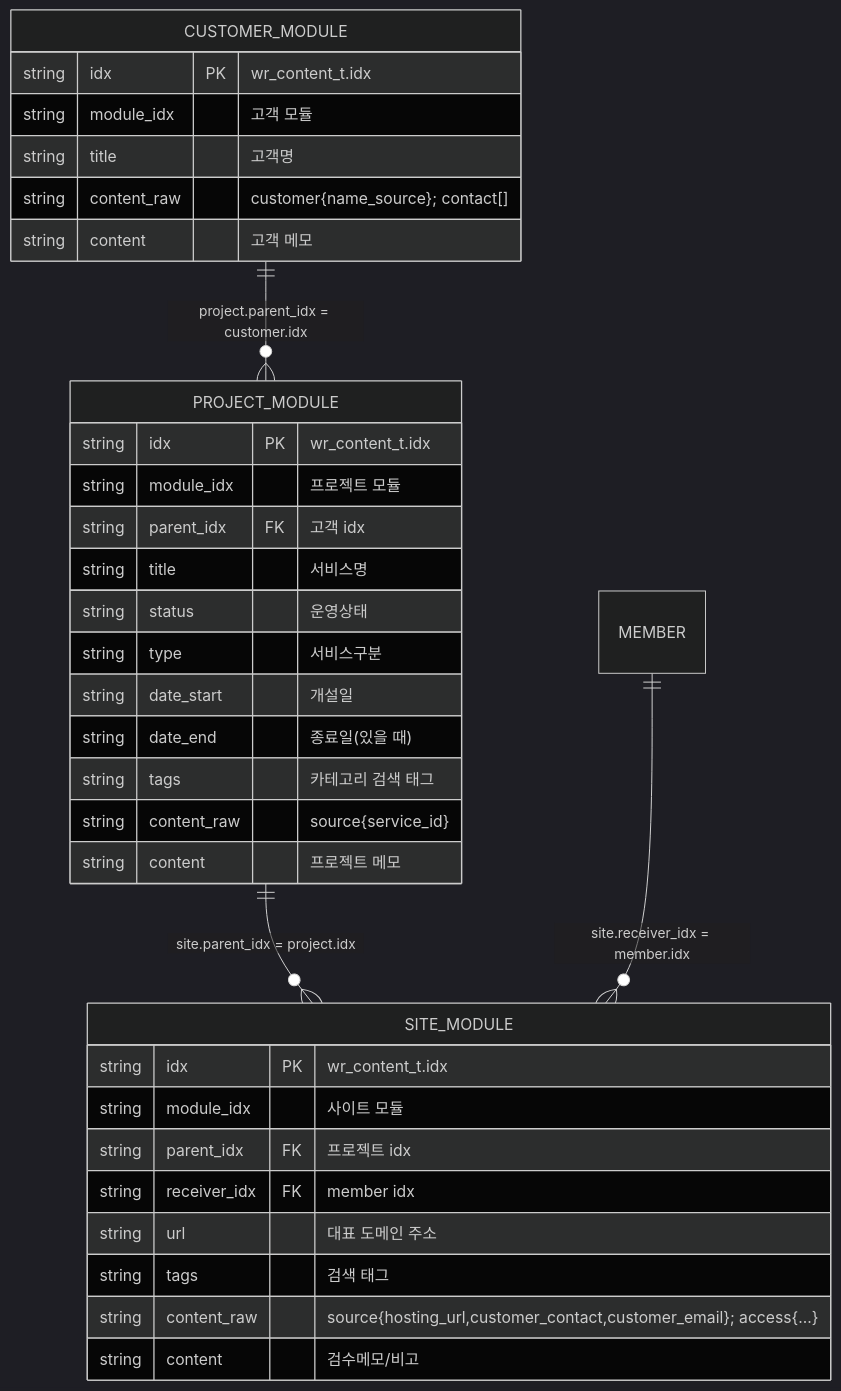
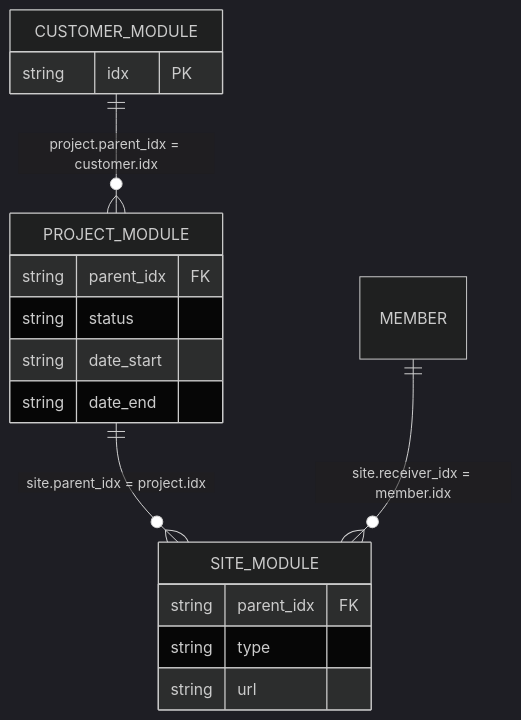
Before and after one commit to gyeolhwi/hermes34-project: the diagram in docs/wr-content-erd.md, drawn with Mermaid (dark theme). The commit also changed other lines of this file and 4 other files, not shown here.

````diff
--- a/docs/wr-content-erd.md
+++ b/docs/wr-content-erd.md
@@ -7,37 +5,14 @@
 ```mermaid
 erDiagram
     CUSTOMER_MODULE ||--o{ PROJECT_MODULE : "project.parent_idx = customer.idx"
     PROJECT_MODULE ||--o{ SITE_MODULE : "site.parent_idx = project.idx"
     MEMBER ||--o{ SITE_MODULE : "site.receiver_idx = member.idx"
-
-    CUSTOMER_MODULE {
-      string idx PK "wr_content_t.idx"
-      string module_idx "고객 모듈"
-      string title "고객명"
-      string content_raw "customer{name_source}; contact[]"
-      string content "고객 메모"
-    }
-    PROJECT_MODULE {
-      string idx PK "wr_content_t.idx"
-      string module_idx "프로젝트 모듈"
-      string parent_idx FK "고객 idx"
-      string title "서비스명"
-      string status "운영상태"
-      string type "서비스구분"
-      string date_start "개설일"
-      string date_end "종료일(있을 때)"
-      string tags "카테고리 검색 태그"
-      string content_raw "source{service_id}"
-      string content "프로젝트 메모"
-    }
-    SITE_MODULE {
-      string idx PK "wr_content_t.idx"
-      string module_idx "사이트 모듈"
-      string parent_idx FK "프로젝트 idx"
-      string receiver_idx FK "member idx"
-      string url "대표 도메인 주소"
-      string tags "검색 태그"
-      string content_raw "source{hosting_url,customer_contact,customer_email}; access{...}"
-      string content "검수메모/비고"
-    }
+    CUSTOMER_MODULE { string idx PK }
+    PROJECT_MODULE { string parent_idx FK
+                     string status
+                     string date_start
+                     string date_end }
+    SITE_MODULE { string parent_idx FK
+                  string type
+                  string url }
 ```
````
